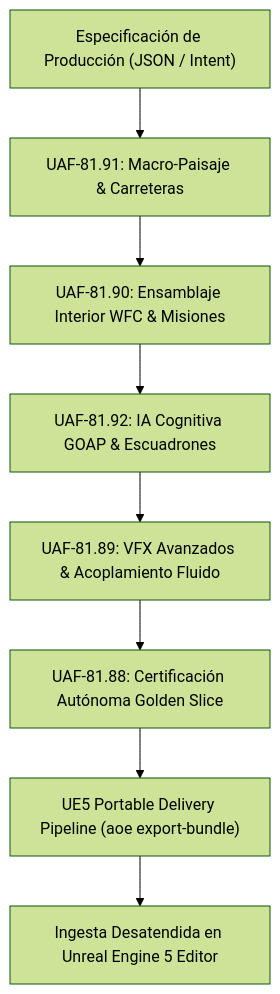
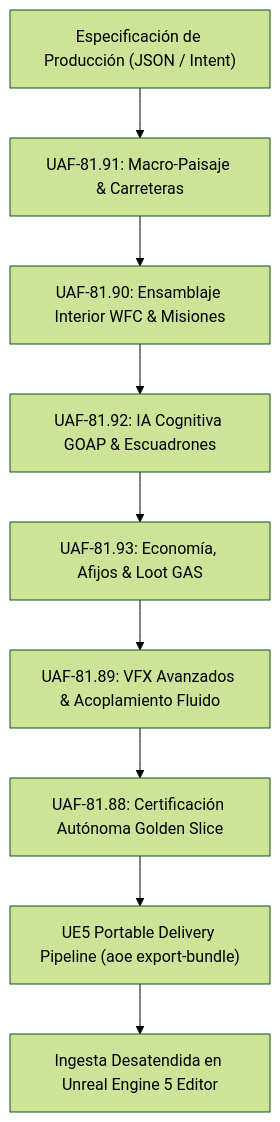
Before and after one commit to k3v-5/AssetOrchestrationEngine: the diagram in docs/UAF-NEXTGEN-ARCHITECTURE-GUIDE.md, drawn with Mermaid (forest theme). The commit also changed other lines of this file and 17 other files, not shown here.

Commit message:
feat(economy): implement UAF-81.93 Dynamic Economy, Weapon Affixes & Procedural Loot Fabric

````diff
--- a/docs/UAF-NEXTGEN-ARCHITECTURE-GUIDE.md
+++ b/docs/UAF-NEXTGEN-ARCHITECTURE-GUIDE.md
@@ -13,10 +13,11 @@
 ```mermaid
 graph TD
     A["Especificación de Producción (JSON / Intent)"] --> B["UAF-81.91: Macro-Paisaje & Carreteras"]
     B --> C["UAF-81.90: Ensamblaje Interior WFC & Misiones"]
     C --> D["UAF-81.92: IA Cognitiva GOAP & Escuadrones"]
-    D --> E["UAF-81.89: VFX Avanzados & Acoplamiento Fluido"]
-    E --> F["UAF-81.88: Certificación Autónoma Golden Slice"]
-    F --> G["UE5 Portable Delivery Pipeline (aoe export-bundle)"]
-    G --> H["Ingesta Desatendida en Unreal Engine 5 Editor"]
+    D --> E["UAF-81.93: Economía, Afijos & Loot GAS"]
+    E --> F["UAF-81.89: VFX Avanzados & Acoplamiento Fluido"]
+    F --> G["UAF-81.88: Certificación Autónoma Golden Slice"]
+    G --> H["UE5 Portable Delivery Pipeline (aoe export-bundle)"]
+    H --> I["Ingesta Desatendida en Unreal Engine 5 Editor"]
 ```
````
